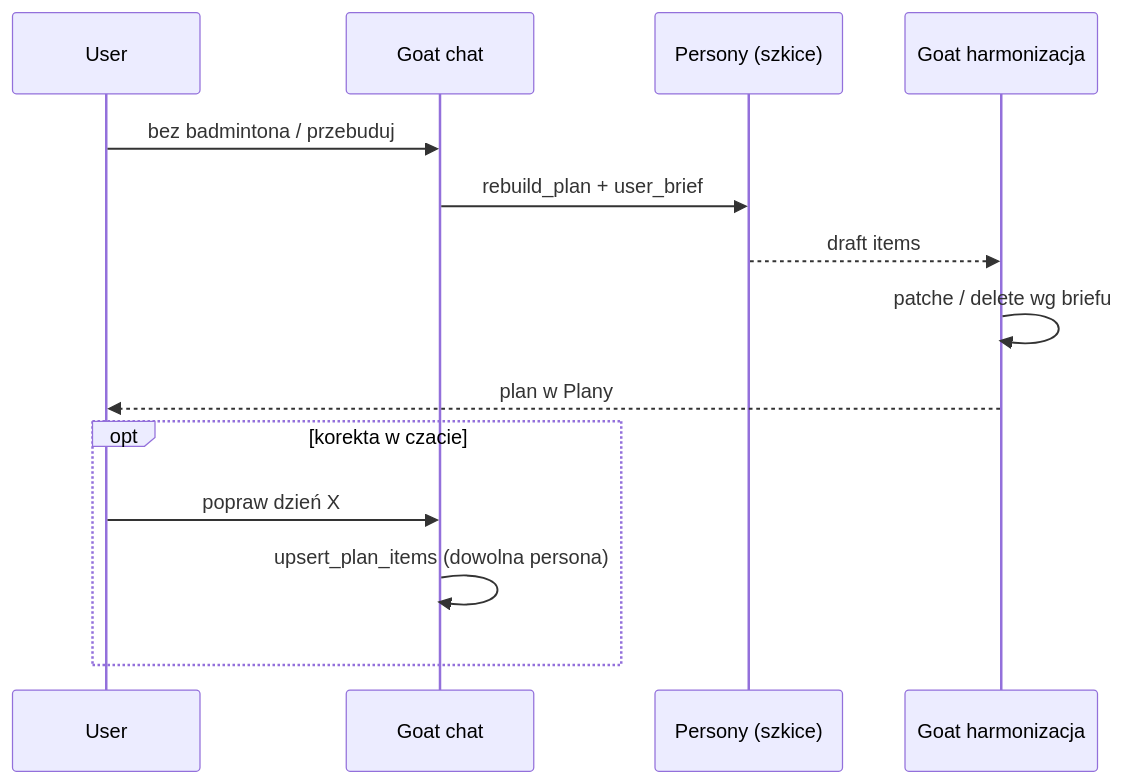
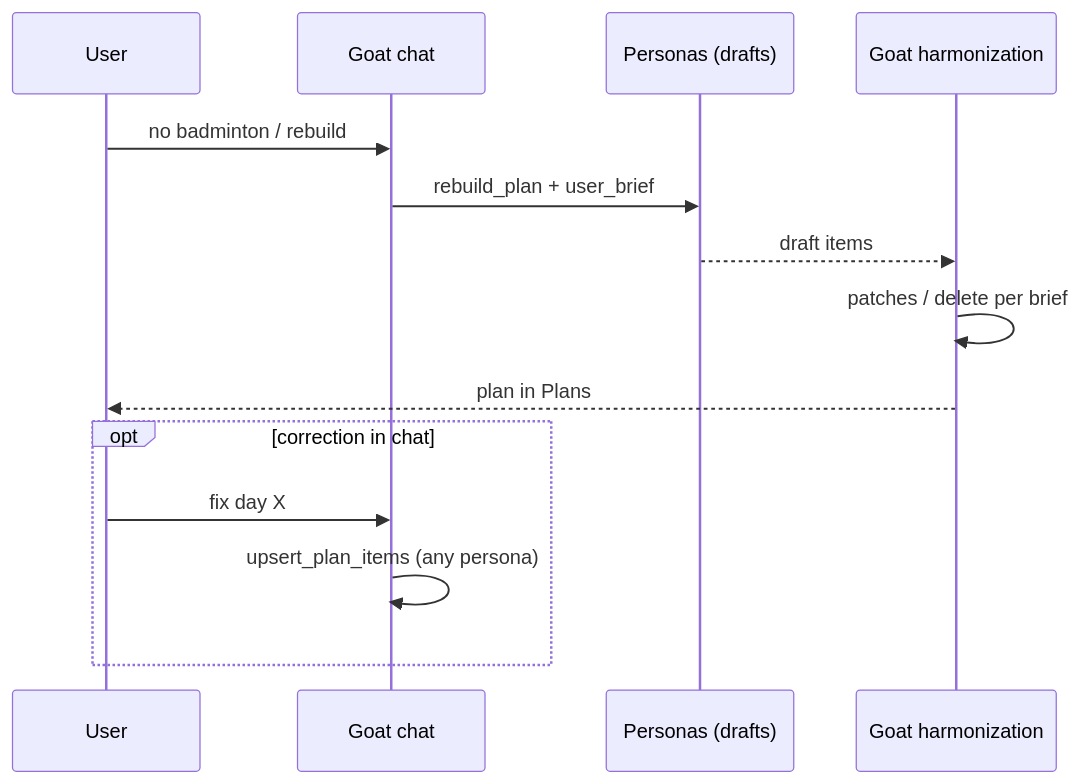
Before and after one commit to fifmazurkiewicz/goat: the diagram in docs/superpowers/specs/2026-08-17-goat-plan-authority-design.md, drawn with Mermaid. The commit also changed other lines of this file and 247 other files, not shown here.

````diff
--- a/docs/superpowers/specs/2026-08-17-goat-plan-authority-design.md
+++ b/docs/superpowers/specs/2026-08-17-goat-plan-authority-design.md
@@ -72,17 +72,17 @@
 ```mermaid
 sequenceDiagram
     participant U as User
     participant G as Goat chat
-    participant P as Persony (szkice)
-    participant H as Goat harmonizacja
+    participant P as Personas (drafts)
+    participant H as Goat harmonization
 
-    U->>G: bez badmintona / przebuduj
+    U->>G: no badminton / rebuild
     G->>P: rebuild_plan + user_brief
     P-->>H: draft items
-    H->>H: patche / delete wg briefu
-    H-->>U: plan w Plany
-    opt korekta w czacie
-        U->>G: popraw dzień X
-        G->>G: upsert_plan_items (dowolna persona)
+    H->>H: patches / delete per brief
+    H-->>U: plan in Plans
+    opt correction in chat
+        U->>G: fix day X
+        G->>G: upsert_plan_items (any persona)
     end
 ```
````
